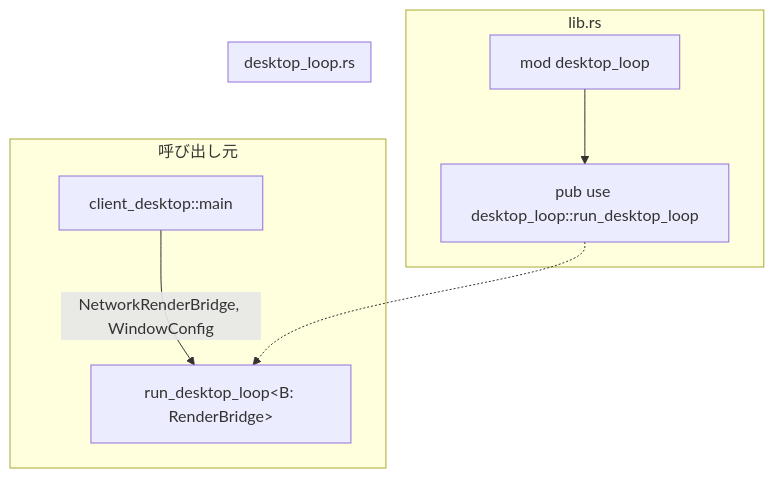
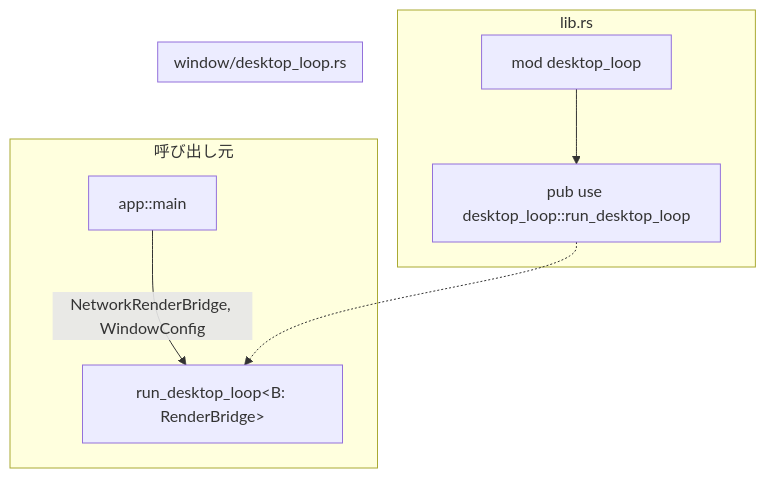
Before and after one commit to FRICK-ELDY/alchemy-engine: the third of 7 diagrams in docs/architecture/rust/desktop/input.md, drawn with Mermaid. The commit also changed other lines of this file and 11 other files, not shown here.

````diff
--- a/docs/architecture/rust/desktop/input.md
+++ b/docs/architecture/rust/desktop/input.md
@@ -101,19 +104,19 @@
 ```mermaid
 flowchart TB
     subgraph lib_rs [lib.rs]
         MOD[mod desktop_loop]
         EXPORT[pub use desktop_loop::run_desktop_loop]
         MOD --> EXPORT
     end
 
     subgraph callers [呼び出し元]
-        DC[client_desktop::main]
+        DC[app::main]
         DC --> |NetworkRenderBridge, WindowConfig| RUN
     end
 
-    subgraph desktop_loop_rs [desktop_loop.rs]
+    subgraph desktop_loop_rs [window/desktop_loop.rs]
         RUN[run_desktop_loop&lt;B: RenderBridge&gt;]
     end
 
     EXPORT -.-> RUN
 ```
````
